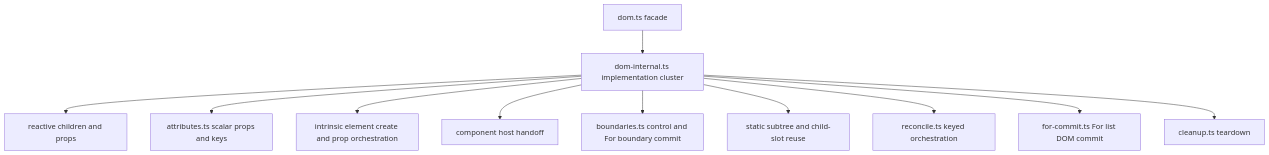
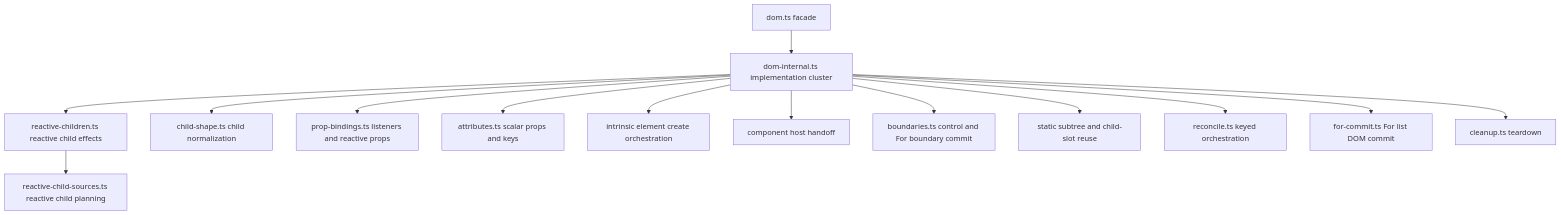
Before and after one commit to askrjs/askr: the third of 7 diagrams in docs/internals/renderer-pipeline.md, drawn with Mermaid. The commit also changed other lines of this file and 7 other files, not shown here.

````diff
--- a/docs/internals/renderer-pipeline.md
+++ b/docs/internals/renderer-pipeline.md
@@ -56,25 +56,31 @@
 ```mermaid
 flowchart TB
   facade[dom.ts facade]
   internal[dom-internal.ts implementation cluster]
-  reactive[reactive children and props]
+  reactiveChildren[reactive-children.ts reactive child effects]
+  reactiveSources[reactive-child-sources.ts reactive child planning]
+  childShape[child-shape.ts child normalization]
+  propBindings[prop-bindings.ts listeners and reactive props]
   attributes[attributes.ts scalar props and keys]
-  intrinsic[intrinsic element create and prop orchestration]
+  intrinsic[intrinsic element create orchestration]
   componentHost[component host handoff]
   boundaries[boundaries.ts control and For boundary commit]
   staticReuse[static subtree and child-slot reuse]
   reconcile[reconcile.ts keyed orchestration]
   forCommit[for-commit.ts For list DOM commit]
   cleanup[cleanup.ts teardown]
 
   facade --> internal
-  internal --> reactive
+  internal --> reactiveChildren
+  reactiveChildren --> reactiveSources
+  internal --> childShape
+  internal --> propBindings
   internal --> attributes
   internal --> intrinsic
   internal --> componentHost
   internal --> boundaries
   internal --> staticReuse
   internal --> reconcile
   internal --> forCommit
   internal --> cleanup
 ```
````
